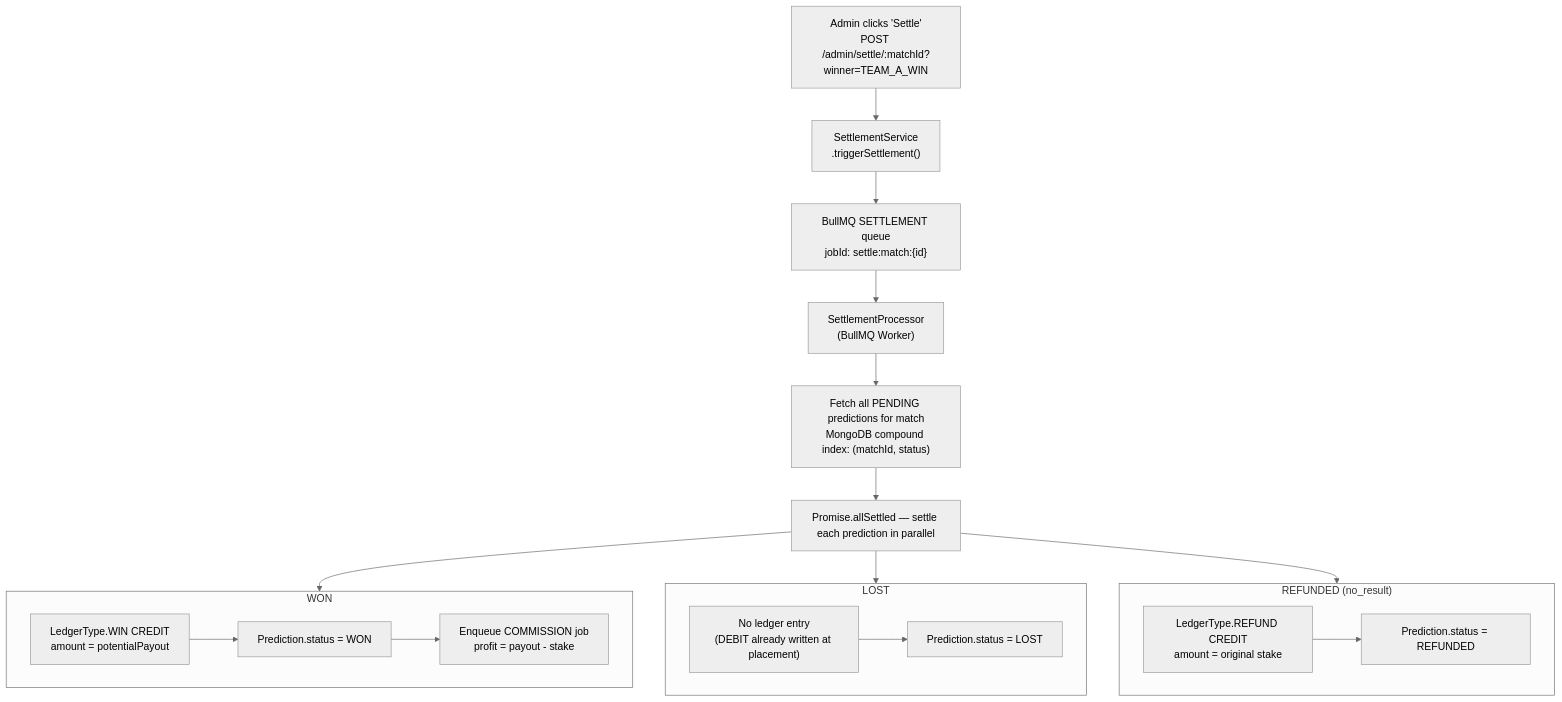
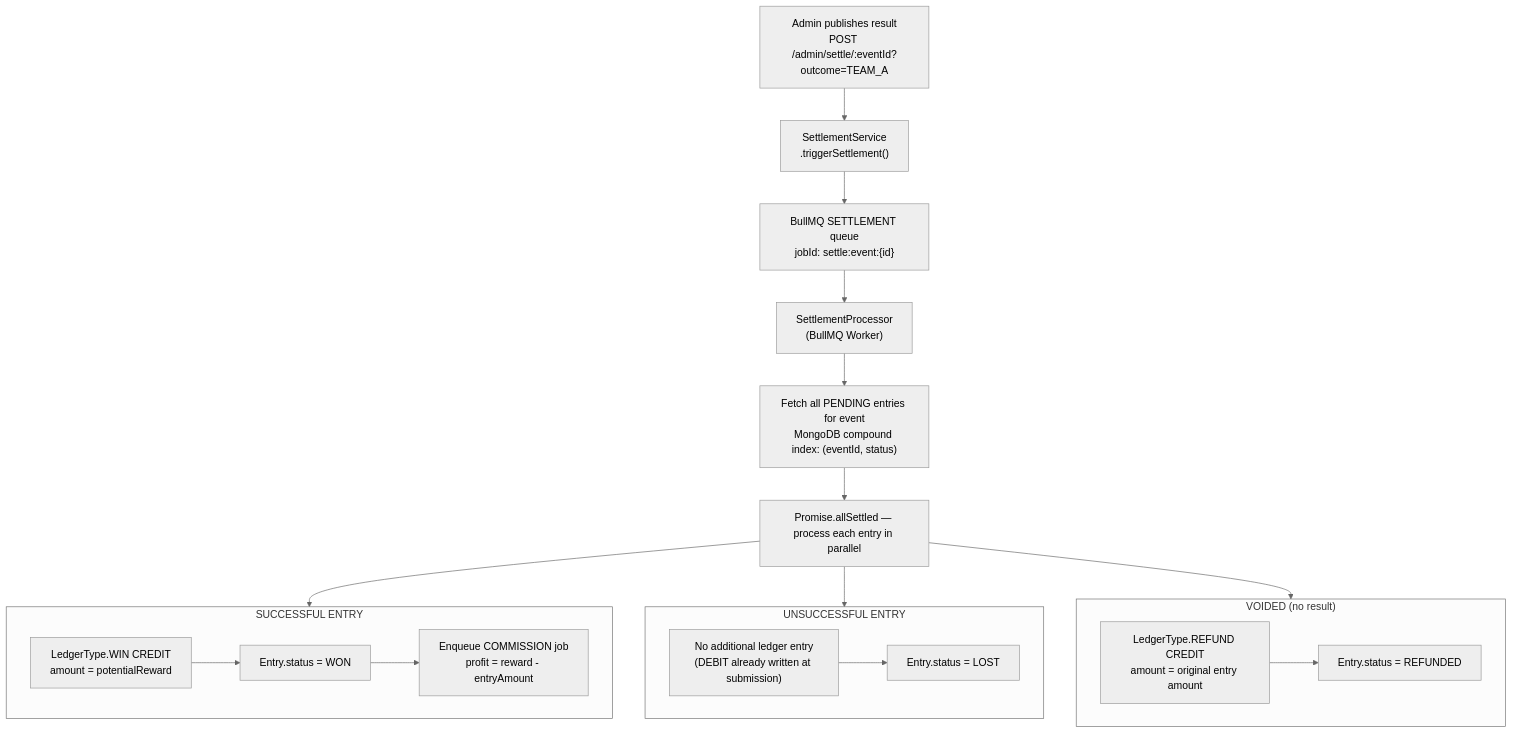
The seventh of 13 diagrams in README.md (Yash-Jangid/GameX), drawn with Mermaid (neutral theme) before and after one commit. The commit also changed other lines of this file, not shown here.

````diff
--- a/README.md
+++ b/README.md
@@ -346,38 +388,38 @@
 ```mermaid
 flowchart TD
-    ADM["Admin clicks 'Settle'\nPOST /admin/settle/:matchId?winner=TEAM_A_WIN"]
+    ADM["Admin publishes result\nPOST /admin/settle/:eventId?outcome=TEAM_A"]
     SS["SettlementService\n.triggerSettlement()"]
-    Q["BullMQ SETTLEMENT queue\njobId: settle:match:{id}"]
+    Q["BullMQ SETTLEMENT queue\njobId: settle:event:{id}"]
     SP["SettlementProcessor\n(BullMQ Worker)"]
-    PRED["Fetch all PENDING predictions for match\nMongoDB compound index: (matchId, status)"]
-    PAR["Promise.allSettled — settle each prediction in parallel"]
+    PRED["Fetch all PENDING entries for event\nMongoDB compound index: (eventId, status)"]
+    PAR["Promise.allSettled — process each entry in parallel"]
 
     ADM --> SS
     SS --> Q
     Q --> SP
     SP --> PRED
     PRED --> PAR
 
     PAR --> WIN_PATH
     PAR --> LOST_PATH
-    PAR --> REFUND_PATH
+    PAR --> VOID_PATH
 
-    subgraph WIN_PATH["WON"]
-        W1["LedgerType.WIN CREDIT\namount = potentialPayout"]
-        W2["Prediction.status = WON"]
-        W3["Enqueue COMMISSION job\nprofit = payout - stake"]
+    subgraph WIN_PATH["SUCCESSFUL ENTRY"]
+        W1["LedgerType.WIN CREDIT\namount = potentialReward"]
+        W2["Entry.status = WON"]
+        W3["Enqueue COMMISSION job\nprofit = reward - entryAmount"]
         W1 --> W2 --> W3
     end
 
-    subgraph LOST_PATH["LOST"]
-        L1["No ledger entry\n(DEBIT already written at placement)"]
-        L2["Prediction.status = LOST"]
+    subgraph LOST_PATH["UNSUCCESSFUL ENTRY"]
+        L1["No additional ledger entry\n(DEBIT already written at submission)"]
+        L2["Entry.status = LOST"]
         L1 --> L2
     end
 
-    subgraph REFUND_PATH["REFUNDED (no_result)"]
-        R1["LedgerType.REFUND CREDIT\namount = original stake"]
-        R2["Prediction.status = REFUNDED"]
+    subgraph VOID_PATH["VOIDED (no result)"]
+        R1["LedgerType.REFUND CREDIT\namount = original entry amount"]
+        R2["Entry.status = REFUNDED"]
         R1 --> R2
     end
 ```
````
